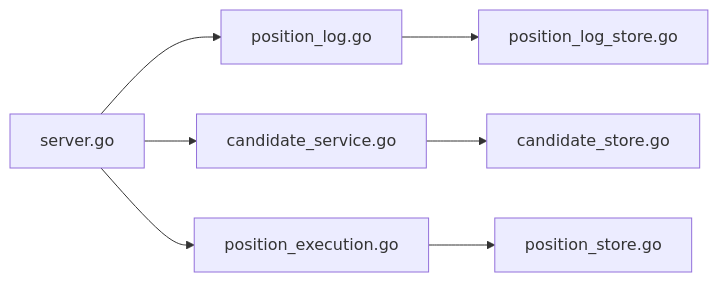
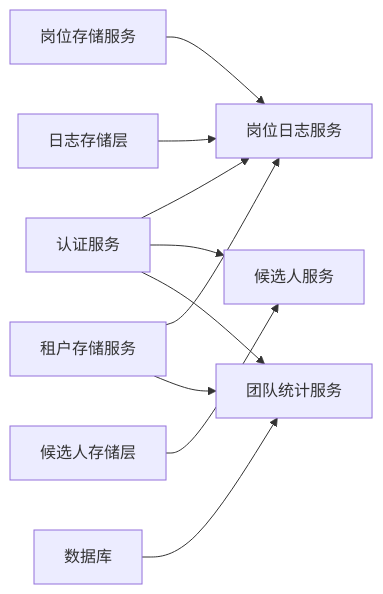
Before and after one commit to alvinwangzi/goodhr: the sixth of 6 diagrams in .qoder/repowiki/zh/content/API接口文档/云端REST API/岗位管理API/岗位监控查询接口.md, drawn with Mermaid. The commit also changed other lines of this file and 149 other files, not shown here.

````diff
--- a/.qoder/repowiki/zh/content/API接口文档/云端REST API/岗位管理API/岗位监控查询接口.md
+++ b/.qoder/repowiki/zh/content/API接口文档/云端REST API/岗位管理API/岗位监控查询接口.md
@@ -236,9 +382,12 @@
 ```mermaid
 graph LR
-SRV["server.go"] --> LOG["position_log.go"]
-SRV --> CAND["candidate_service.go"]
-SRV --> EXEC["position_execution.go"]
-LOG --> LOGS["position_log_store.go"]
-CAND --> CANDS["candidate_store.go"]
-EXEC --> POS["position_store.go"]
+Auth["认证服务"] --> PositionLog["岗位日志服务"]
+Auth --> Candidate["候选人服务"]
+Auth --> TeamStats["团队统计服务"]
+PositionStore["岗位存储服务"] --> PositionLog
+TenantStore["租户存储服务"] --> PositionLog
+TenantStore --> TeamStats
+LogStore["日志存储层"] --> PositionLog
+CandidateStore["候选人存储层"] --> Candidate
+DB["数据库"] --> TeamStats
 ```
````
